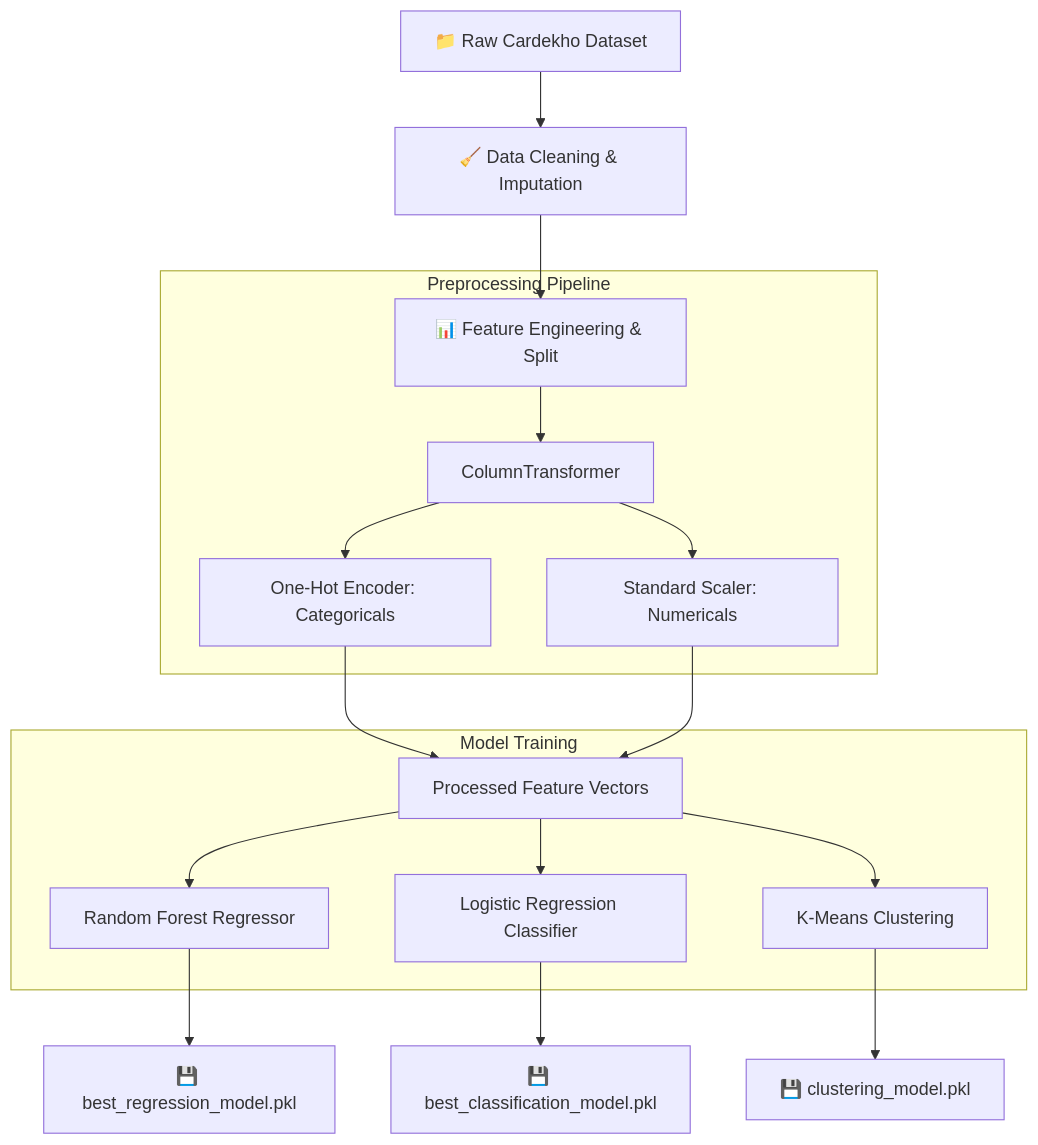
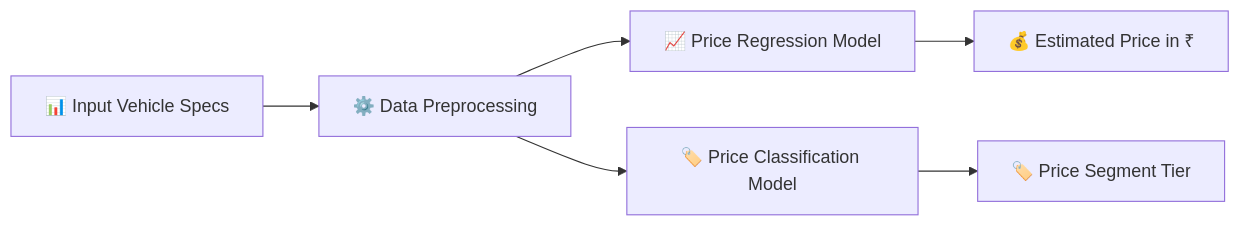
One commit to Adidam-Akshay-Bhaskar/PriceView changed the diagram in README.md. Above: the diagram before and after it, drawn with Mermaid. The commit also changed other lines of this file, not shown here.

````diff
--- a/README.md
+++ b/README.md
@@ -34,23 +20,8 @@
 ```mermaid
-flowchart TD
-    A[📁 Raw Cardekho Dataset] --> B[🧹 Data Cleaning & Imputation]
-    B --> C[📊 Feature Engineering & Split]
-    
-    subgraph Preprocessing Pipeline
-        C --> D[ColumnTransformer]
-        D --> D1[One-Hot Encoder: Categoricals]
-        D --> D2[Standard Scaler: Numericals]
-    end
-    
-    D1 & D2 --> E[Processed Feature Vectors]
-    
-    subgraph Model Training
-        E --> F[Random Forest Regressor]
-        E --> G[Logistic Regression Classifier]
-        E --> H[K-Means Clustering]
-    end
-    
-    F --> I[💾 best_regression_model.pkl]
-    G --> J[💾 best_classification_model.pkl]
-    H --> K[💾 clustering_model.pkl]
+flowchart LR
+    A[📊 Input Vehicle Specs] --> B[⚙️ Data Preprocessing]
+    B --> C[📈 Price Regression Model]
+    B --> D[🏷️ Price Classification Model]
+    C --> E[💰 Estimated Price in ₹]
+    D --> F[🏷️ Price Segment Tier]
 ```
````
